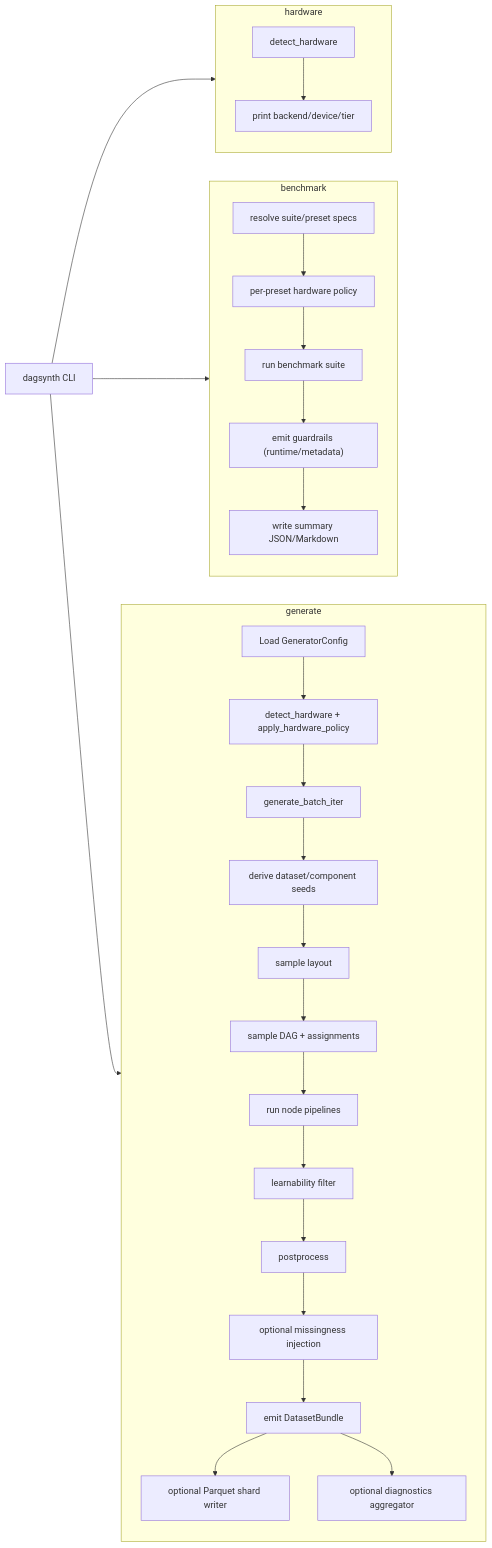
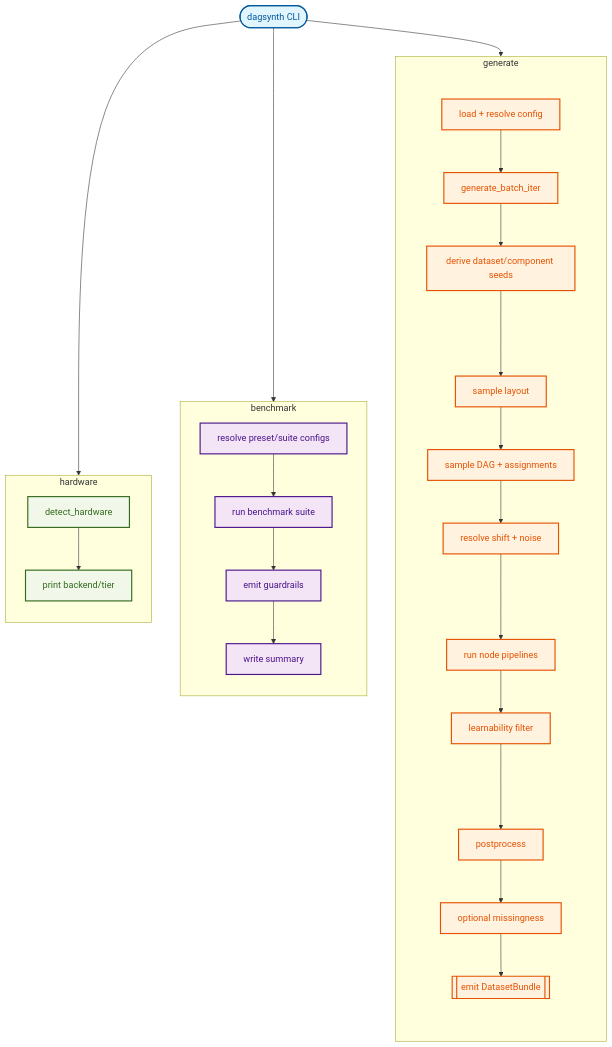
The second of 3 diagrams in docs/how-it-works.md (bensonlee5/dagzoo), drawn with Mermaid before and after one commit. The commit also changed other lines of this file and 9 other files, not shown here.

````diff
--- a/docs/how-it-works.md
+++ b/docs/how-it-works.md
@@ -37,37 +143,59 @@
 ```mermaid
-flowchart LR
-    CLI["dagsynth CLI"]
+flowchart TB
+    %% Class Definitions
+    classDef cli fill:#e1f5fe,stroke:#01579b,stroke-width:2px,color:#01579b
+    classDef gen fill:#fff3e0,stroke:#e65100,stroke-width:2px,color:#e65100
+    classDef bench fill:#f3e5f5,stroke:#4a148c,stroke-width:2px,color:#4a148c
+    classDef hw fill:#f1f8e9,stroke:#33691e,stroke-width:2px,color:#33691e
 
-    CLI --> Cfg
-    CLI --> BCfg
+    CLI(["dagsynth CLI"])
+
+    CLI --> GenCfg
+    CLI --> BenchCfg
     CLI --> Detect
 
-    subgraph GeneratePath["generate"]
+    subgraph GeneratePath [generate]
         direction TB
-        Cfg["Load GeneratorConfig"] --> Tune["detect_hardware + apply_hardware_policy"]
-        Tune --> Loop["generate_batch_iter"]
-        Loop --> Seed["derive dataset/component seeds"]
-        Seed --> Layout["sample layout"]
-        Layout --> DAG["sample DAG + assignments"]
-        DAG --> Exec["run node pipelines"]
-        Exec --> Filter["learnability filter"]
-        Filter --> Post["postprocess"]
-        Post --> Missing["optional missingness injection"]
-        Missing --> Bundle["emit DatasetBundle"]
-        Bundle --> Write["optional Parquet shard writer"]
-        Bundle --> Diag["optional diagnostics aggregator"]
+        subgraph Setup [" "]
+            GenCfg[load + resolve config] --> Loop[generate_batch_iter]
+            Loop --> Seed[derive dataset/component seeds]
+        end
+        subgraph Sampling [" "]
+            Seed --> Layout[sample layout]
+            Layout --> DAG[sample DAG + assignments]
+            DAG --> Resolve[resolve shift + noise]
+        end
+        subgraph Execution [" "]
+            Resolve --> Exec[run node pipelines]
+            Exec --> Filter[learnability filter]
+        end
+        subgraph Emission [" "]
+            Filter --> Post[postprocess]
+            Post --> Missing[optional missingness]
+            Missing --> Bundle[[emit DatasetBundle]]
+        end
     end
 
-    subgraph BenchPath["benchmark"]
+    subgraph BenchmarkPath [benchmark]
         direction TB
-        BCfg["resolve suite/preset specs"] --> BTune["per-preset hardware policy"]
-        BTune --> Runs["run benchmark suite"]
-        Runs --> Guards["emit guardrails (runtime/metadata)"]
-        Guards --> Reports["write summary JSON/Markdown"]
+        BenchCfg[resolve preset/suite configs] --> Runs[run benchmark suite]
+        Runs --> Guards[emit guardrails]
+        Guards --> Reports[write summary]
     end
 
-    subgraph HardwarePath["hardware"]
+    subgraph HardwarePath [hardware]
         direction TB
-        Detect["detect_hardware"] --> Print["print backend/device/tier"]
+        Detect[detect_hardware] --> Print[print backend/tier]
     end
+
+    %% Assign Classes
+    class CLI cli
+    class GenCfg,Loop,Seed,Layout,DAG,Resolve,Exec,Filter,Post,Missing,Bundle gen
+    class BenchCfg,Runs,Guards,Reports bench
+    class Detect,Print hw
+
+    style Setup fill:transparent,stroke:none
+    style Sampling fill:transparent,stroke:none
+    style Execution fill:transparent,stroke:none
+    style Emission fill:transparent,stroke:none
 ```
````
